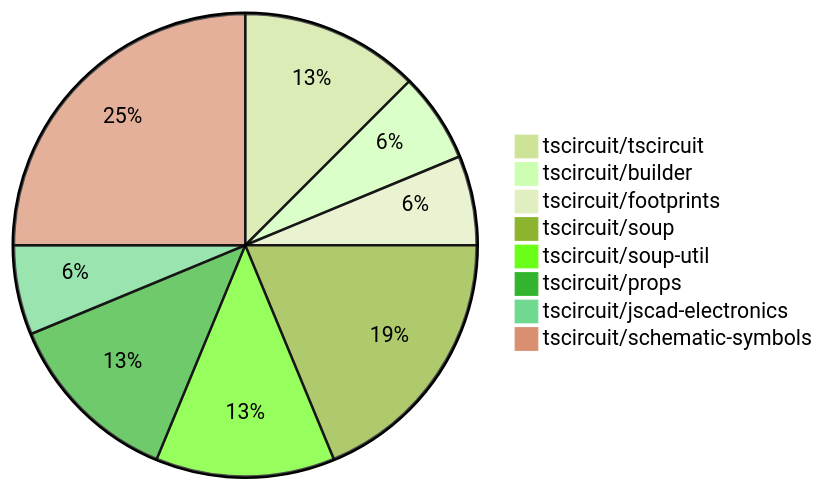
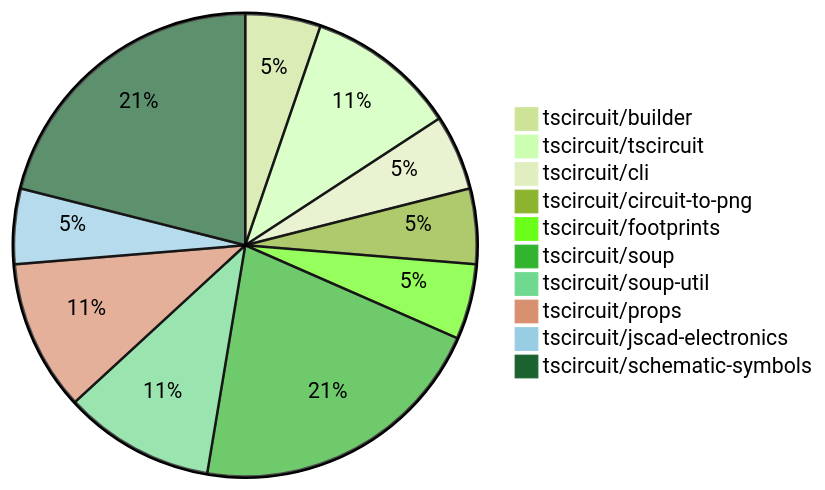
The diagram in README.md (tscircuit/contribution-tracker), drawn with Mermaid (forest theme) before and after one commit. The commit also changed other lines of this file and 1 other file, not shown here.

````diff
--- a/README.md
+++ b/README.md
@@ -24,11 +24,13 @@
 ```mermaid
 pie
+    "tscircuit/builder" : 1
     "tscircuit/tscircuit" : 2
-    "tscircuit/builder" : 1
+    "tscircuit/cli" : 1
+    "tscircuit/circuit-to-png" : 1
     "tscircuit/footprints" : 1
-    "tscircuit/soup" : 3
+    "tscircuit/soup" : 4
     "tscircuit/soup-util" : 2
     "tscircuit/props" : 2
     "tscircuit/jscad-electronics" : 1
     "tscircuit/schematic-symbols" : 4
 ```
````
